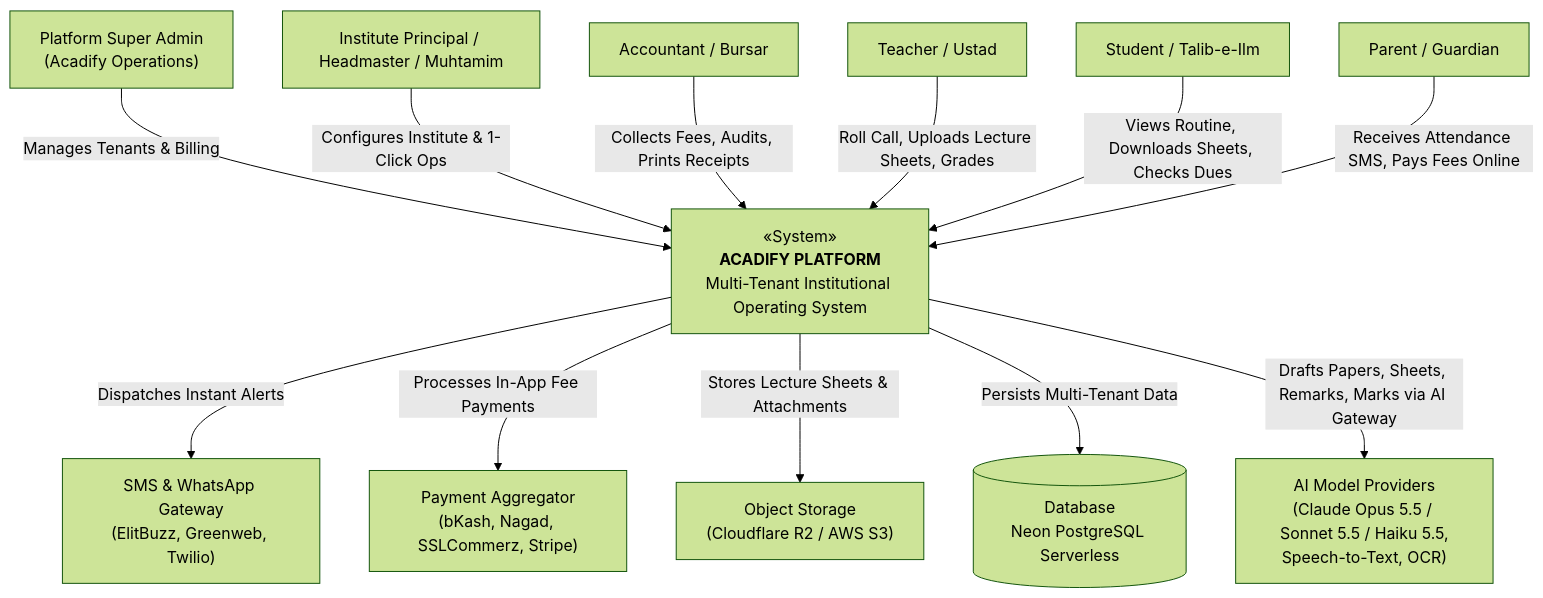
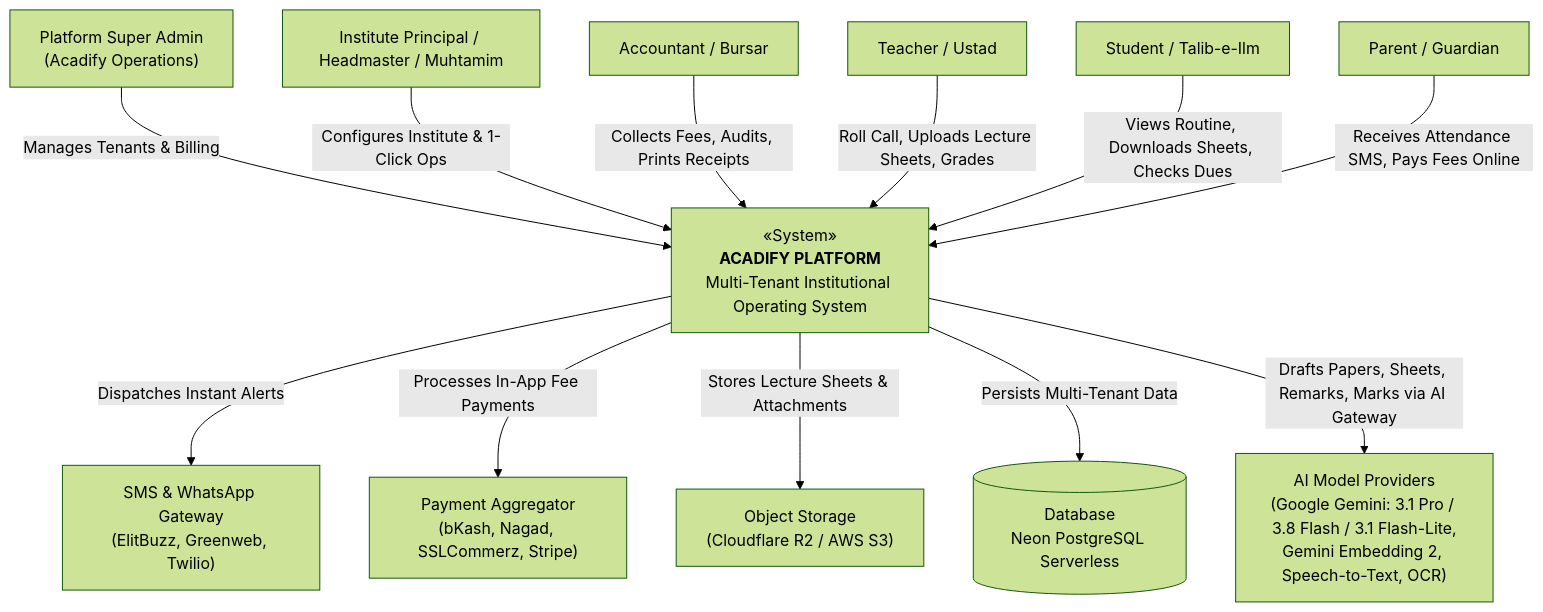
One commit to dev-mosarof66/acadify changed the first of 8 diagrams in .docs/acadify_architecture_and_build_plan.md. Above: the diagram before and after it, drawn with Mermaid (forest theme). The commit also changed other lines of this file, not shown here.

First line of the commit message:
Docs: switch the AI plan to Gemini and record AI progress (on hold)

````diff
--- a/.docs/acadify_architecture_and_build_plan.md
+++ b/.docs/acadify_architecture_and_build_plan.md
@@ -32,30 +32,30 @@
 ```mermaid
 graph TD
     SuperAdmin["Platform Super Admin<br/>(Acadify Operations)"]
     InstAdmin["Institute Principal / Headmaster / Muhtamim"]
     Accountant["Accountant / Bursar"]
     Teacher["Teacher / Ustad"]
     Student["Student / Talib-e-Ilm"]
     Guardian["Parent / Guardian"]
 
     Acadify["«System»<br/><b>ACADIFY PLATFORM</b><br/>Multi-Tenant Institutional Operating System"]
 
     SMSGateway["SMS & WhatsApp Gateway<br/>(ElitBuzz, Greenweb, Twilio)"]
     PaymentGateway["Payment Aggregator<br/>(bKash, Nagad, SSLCommerz, Stripe)"]
     Storage["Object Storage<br/>(Cloudflare R2 / AWS S3)"]
     NeonDB[("Database<br/>Neon PostgreSQL Serverless")]
-    AIProviders["AI Model Providers<br/>(Claude Opus 5.5 / Sonnet 5.5 / Haiku 5.5,<br/>Speech-to-Text, OCR)"]
+    AIProviders["AI Model Providers<br/>(Google Gemini: 3.1 Pro / 3.8 Flash / 3.1 Flash-Lite,<br/>Gemini Embedding 2, Speech-to-Text, OCR)"]
 
     SuperAdmin -->|Manages Tenants & Billing| Acadify
     InstAdmin -->|Configures Institute & 1-Click Ops| Acadify
     Accountant -->|Collects Fees, Audits, Prints Receipts| Acadify
     Teacher -->|Roll Call, Uploads Lecture Sheets, Grades| Acadify
     Student -->|Views Routine, Downloads Sheets, Checks Dues| Acadify
     Guardian -->|Receives Attendance SMS, Pays Fees Online| Acadify
 
     Acadify -->|Dispatches Instant Alerts| SMSGateway
     Acadify -->|Processes In-App Fee Payments| PaymentGateway
     Acadify -->|Stores Lecture Sheets & Attachments| Storage
     Acadify -->|Persists Multi-Tenant Data| NeonDB
     Acadify -->|Drafts Papers, Sheets, Remarks, Marks via AI Gateway| AIProviders
 ```
````
